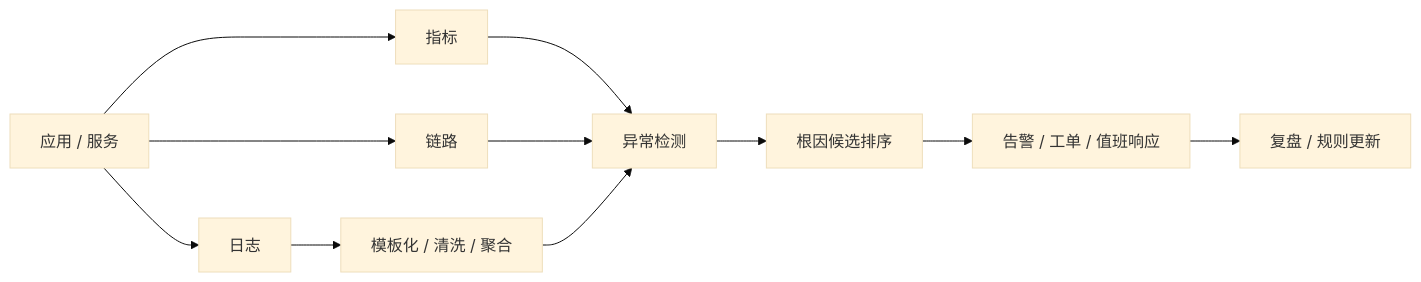
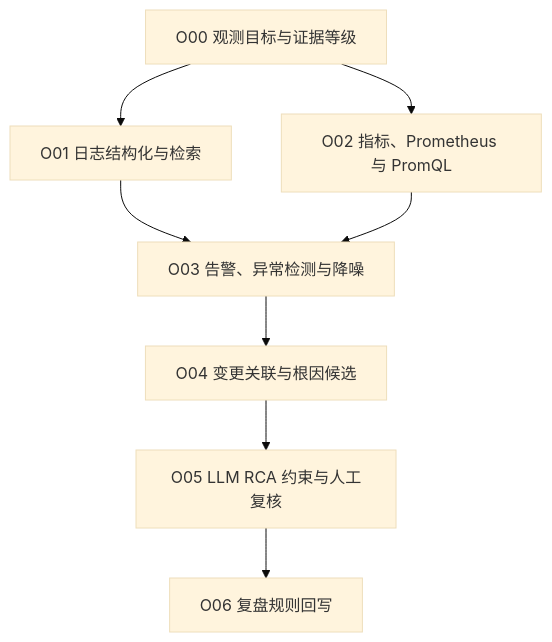
Before and after one commit to cooker-code/knowledge: the diagram in 07_工程与架构/0703_工程实践与质量保障/可观测性与AIOps/AGENTS.md, drawn with Mermaid (base theme). The commit also changed other lines of this file and 16 other files, not shown here.

````diff
--- a/07_工程与架构/0703_工程实践与质量保障/可观测性与AIOps/AGENTS.md
+++ b/07_工程与架构/0703_工程实践与质量保障/可观测性与AIOps/AGENTS.md
@@ -23,13 +18,10 @@
 ```mermaid
-flowchart LR
-  App["应用 / 服务"] --> Logs["日志"]
-  App --> Metrics["指标"]
-  App --> Traces["链路"]
-  Logs --> Normalize["模板化 / 清洗 / 聚合"]
-  Metrics --> Detect["异常检测"]
-  Traces --> Detect
-  Normalize --> Detect
-  Detect --> Rank["根因候选排序"]
-  Rank --> Alert["告警 / 工单 / 值班响应"]
-  Alert --> Review["复盘 / 规则更新"]
+flowchart TD
+  A["O00 观测目标与证据等级"] --> B["O01 日志结构化与检索"]
+  A --> C["O02 指标、Prometheus 与 PromQL"]
+  B --> D["O03 告警、异常检测与降噪"]
+  C --> D
+  D --> E["O04 变更关联与根因候选"]
+  E --> F["O05 LLM RCA 约束与人工复核"]
+  F --> G["O06 复盘规则回写"]
 ```
````
